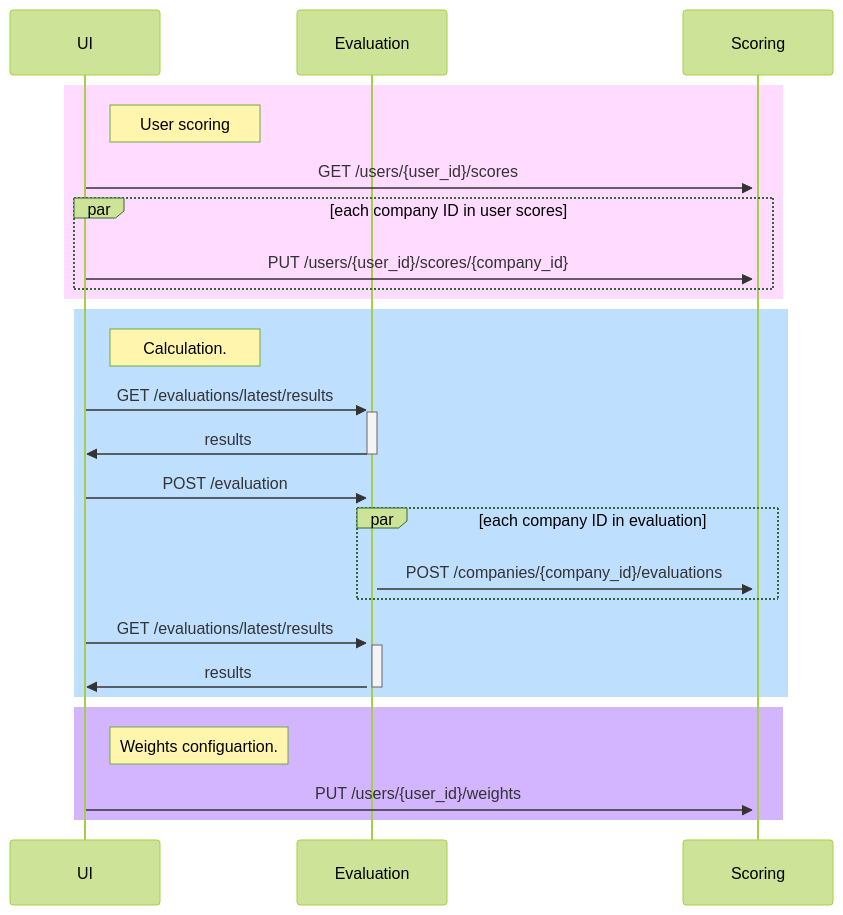
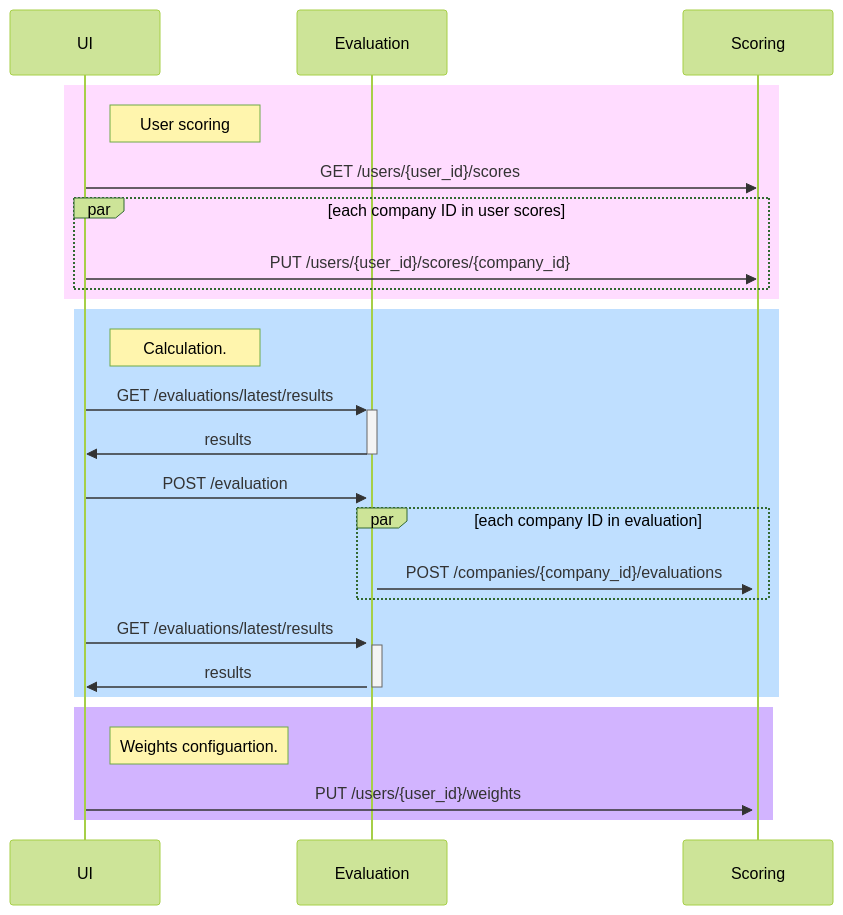
The third of 3 diagrams in README.md (guyslab/company_evaluation), drawn with Mermaid (forest theme) before and after one commit. The commit also changed other lines of this file, not shown here.

````diff
--- a/README.md
+++ b/README.md
@@ -63,28 +61,28 @@
 ```mermaid
 sequenceDiagram
     participant UI
     participant Evaluation
     participant Scoring
     rect rgb(255, 220, 255)
         note right of UI: User scoring
-        UI->>+Scoring: GET /users/{user_id}/scores
+        UI->>Scoring: GET /users/{user_id}/scores
         par each company ID in user scores
-            UI->>+Scoring: PUT /users/{user_id}/scores/{company_id}
+            UI->>Scoring: PUT /users/{user_id}/scores/{company_id}
         end
     end
     rect rgb(191, 223, 255)
         note right of UI: Calculation.
         UI->>+Evaluation: GET /evaluations/latest/results   
         Evaluation->>-UI: results     
         UI->>+Evaluation: POST /evaluation
         par each company ID in evaluation
             Evaluation->>+Scoring: POST /companies/{company_id}/evaluations
         end
         UI->>+Evaluation: GET /evaluations/latest/results
         Evaluation->>-UI: results
     end
     rect rgb(210, 180, 255)
         note right of UI: Weights configuartion.
         UI->>+Scoring: PUT /users/{user_id}/weights
     end    
 ```
````
